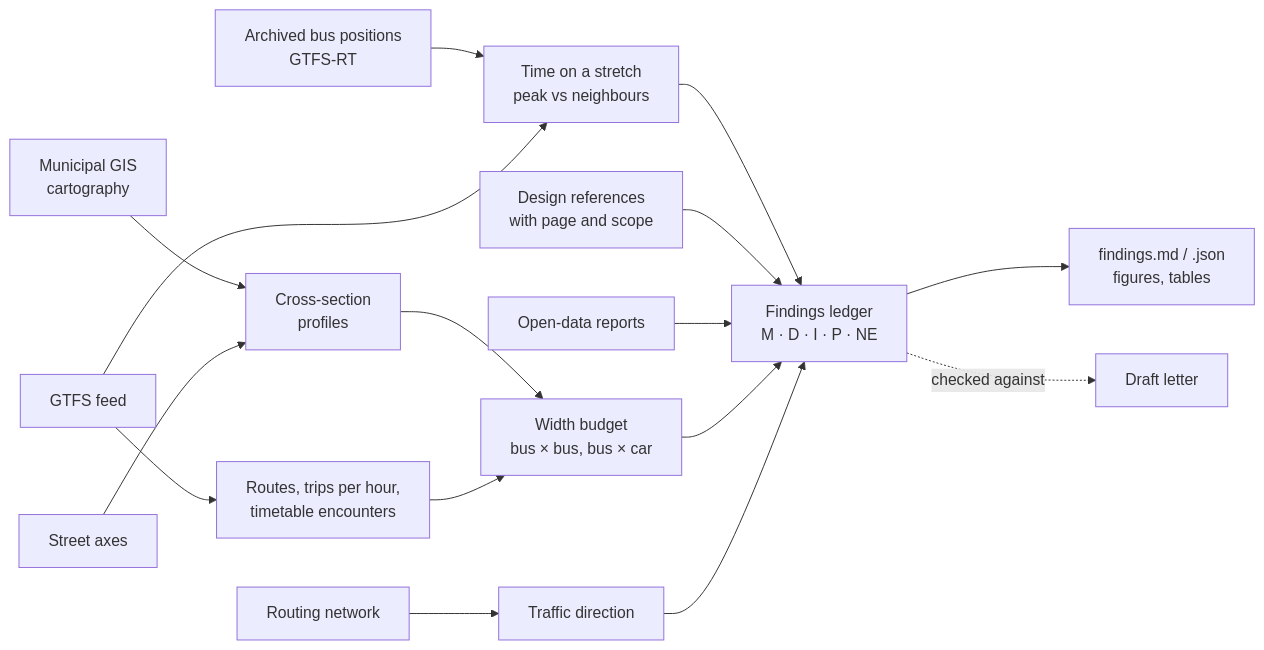
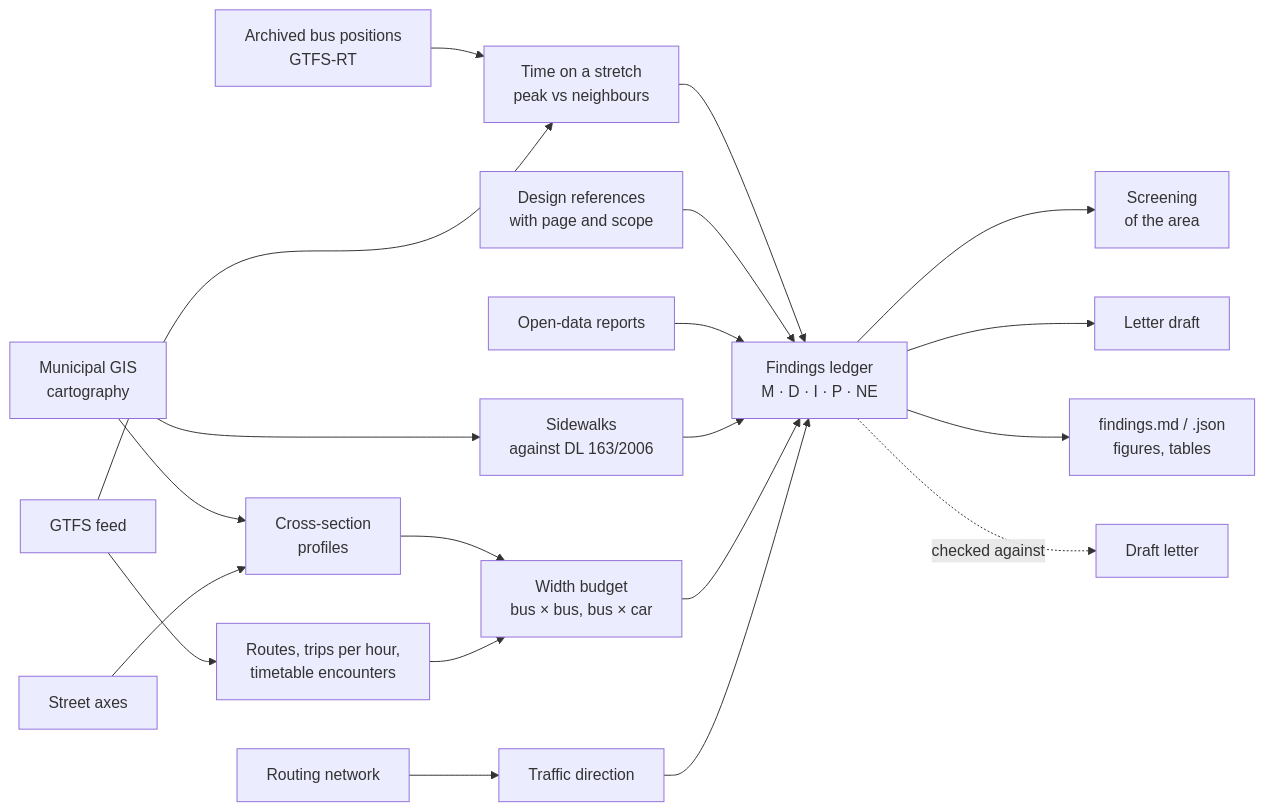
Before and after one commit to diogo4256/mobilidados: the diagram in README.en.md, drawn with Mermaid. The commit also changed other lines of this file and 38 other files, not shown here.

First line of the commit message:
Sidewalks against the accessibility law, a screening of the area, and letter drafts

````diff
--- a/README.en.md
+++ b/README.en.md
@@ -78,18 +95,21 @@
 ```mermaid
 flowchart LR
   A[Municipal GIS<br>cartography] --> P[Cross-section<br>profiles]
   B[Street axes] --> P
   C[Routing network] --> D[Traffic direction]
   G[GTFS feed] --> T[Routes, trips per hour,<br>timetable encounters]
   V[Archived bus positions<br>GTFS-RT] --> W[Time on a stretch<br>peak vs neighbours]
   G --> W
   W --> L
   P --> E[Width budget<br>bus × bus, bus × car]
   T --> E
   S[Design references<br>with page and scope] --> L
   O[Open-data reports] --> L
+  A --> SW[Sidewalks<br>against DL 163/2006] --> L
+  L --> SC[Screening<br>of the area]
+  L --> DR[Letter draft]
   E --> L[Findings ledger<br>M · D · I · P · NE]
   D --> L
   L --> R[findings.md / .json<br>figures, tables]
   L -. checked against .-> X[Draft letter]
 ```
````
